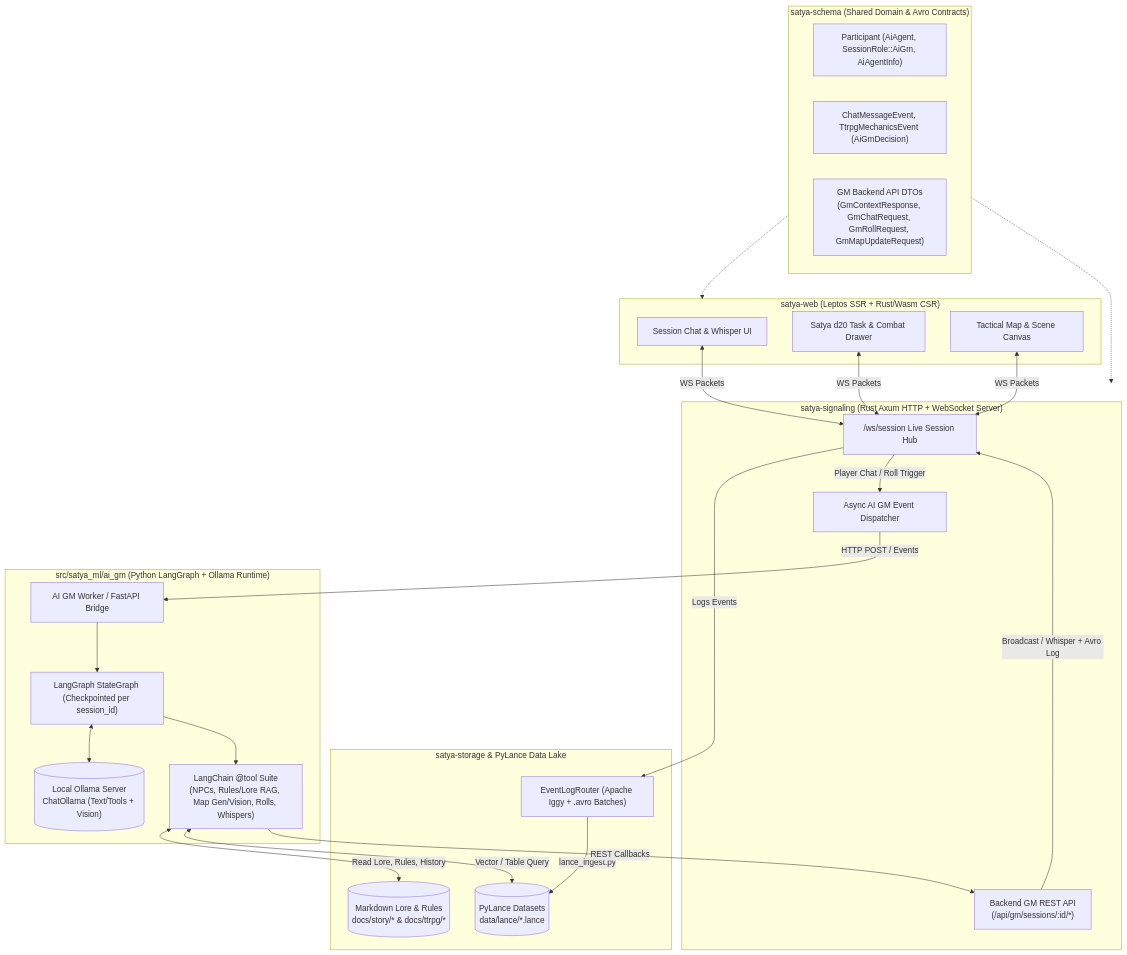
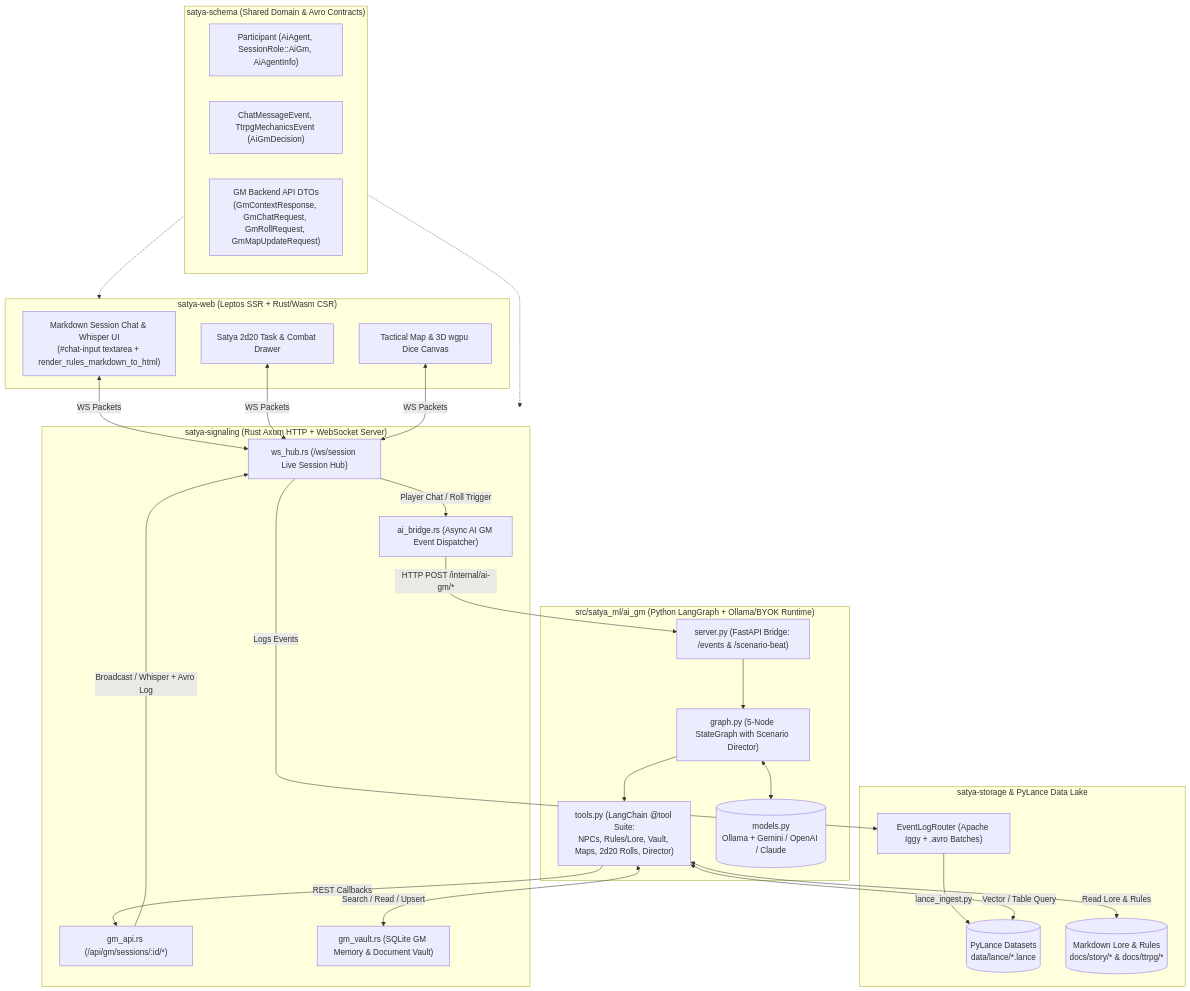
Before and after one commit to rarebreed/satya: the first of 3 diagrams in docs/technical/ai-gm-agent-design.md, drawn with Mermaid. The commit also changed other lines of this file and 19 other files, not shown here.

First line of the commit message:
Add Markdown session chat and LangGraph Scenario Director with pacing dials

````diff
--- a/docs/technical/ai-gm-agent-design.md
+++ b/docs/technical/ai-gm-agent-design.md
@@ -51,50 +53,52 @@
 ```mermaid
 flowchart TD
     subgraph Client["satya-web (Leptos SSR + Rust/Wasm CSR)"]
-        ChatUI["Session Chat & Whisper UI"]
-        RollUI["Satya d20 Task & Combat Drawer"]
-        MapUI["Tactical Map & Scene Canvas"]
+        ChatUI["Markdown Session Chat & Whisper UI\n(#chat-input textarea + render_rules_markdown_to_html)"]
+        RollUI["Satya 2d20 Task & Combat Drawer"]
+        MapUI["Tactical Map & 3D wgpu Dice Canvas"]
     end
 
     subgraph Contracts["satya-schema (Shared Domain & Avro Contracts)"]
         ParticipantType["Participant (AiAgent, SessionRole::AiGm, AiAgentInfo)"]
         Events["ChatMessageEvent, TtrpgMechanicsEvent (AiGmDecision)"]
         GmDTOs["GM Backend API DTOs\n(GmContextResponse, GmChatRequest, GmRollRequest, GmMapUpdateRequest)"]
     end
 
     subgraph Signaling["satya-signaling (Rust Axum HTTP + WebSocket Server)"]
-        WsHub["/ws/session Live Session Hub"]
-        GmApi["Backend GM REST API\n(/api/gm/sessions/:id/*)"]
-        EventBridge["Async AI GM Event Dispatcher"]
+        WsHub["ws_hub.rs (/ws/session Live Session Hub)"]
+        GmApi["gm_api.rs (/api/gm/sessions/:id/*)"]
+        GmVault["gm_vault.rs (SQLite GM Memory & Document Vault)"]
+        EventBridge["ai_bridge.rs (Async AI GM Event Dispatcher)"]
     end
 
     subgraph Storage["satya-storage & PyLance Data Lake"]
         AvroSink["EventLogRouter (Apache Iggy + .avro Batches)"]
         LanceDB[("PyLance Datasets\ndata/lance/*.lance")]
         LoreDocs[("Markdown Lore & Rules\ndocs/story/* & docs/ttrpg/*")]
     end
 
-    subgraph AiGmService["src/satya_ml/ai_gm (Python LangGraph + Ollama Runtime)"]
-        FastAPI["AI GM Worker / FastAPI Bridge"]
-        Graph["LangGraph StateGraph (Checkpointed per session_id)"]
-        Tools["LangChain @tool Suite\n(NPCs, Rules/Lore RAG, Map Gen/Vision, Rolls, Whispers)"]
-        Ollama[("Local Ollama Server\nChatOllama (Text/Tools + Vision)")]
+    subgraph AiGmService["src/satya_ml/ai_gm (Python LangGraph + Ollama/BYOK Runtime)"]
+        FastAPI["server.py (FastAPI Bridge: /events & /scenario-beat)"]
+        Graph["graph.py (5-Node StateGraph with Scenario Director)"]
+        Tools["tools.py (LangChain @tool Suite:\nNPCs, Rules/Lore, Vault, Maps, 2d20 Rolls, Director)"]
+        Models[("models.py\nOllama + Gemini / OpenAI / Claude")]
     end
 
     ChatUI <-->|"WS Packets"| WsHub
     RollUI <-->|"WS Packets"| WsHub
     MapUI <-->|"WS Packets"| WsHub
     WsHub -->|"Logs Events"| AvroSink
     AvroSink -->|"lance_ingest.py"| LanceDB
     WsHub -->|"Player Chat / Roll Trigger"| EventBridge
-    EventBridge -->|"HTTP POST / Events"| FastAPI
+    EventBridge -->|"HTTP POST /internal/ai-gm/*"| FastAPI
     FastAPI --> Graph
-    Graph <--> Ollama
+    Graph <--> Models
     Graph --> Tools
-    Tools <-->|"Read Lore, Rules, History"| LoreDocs
+    Tools <-->|"Read Lore & Rules"| LoreDocs
     Tools <-->|"Vector / Table Query"| LanceDB
+    Tools <-->|"Search / Read / Upsert"| GmVault
     Tools -->|"REST Callbacks"| GmApi
     GmApi -->|"Broadcast / Whisper + Avro Log"| WsHub
     Contracts -.-> Client
     Contracts -.-> Signaling
 ```
````
